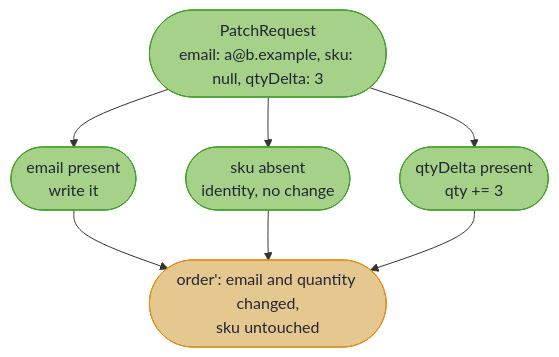
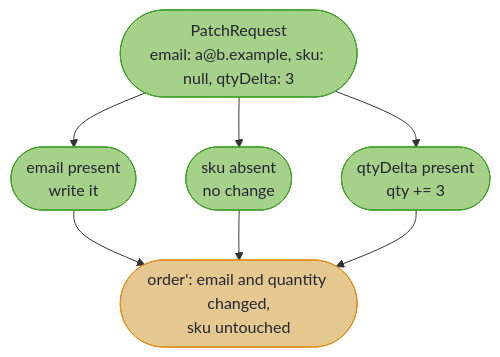
The first of 4 diagrams in hkj-book/src/optics/multi_edit.md (higher-kinded-j/higher-kinded-j), drawn with Mermaid before and after one commit. The commit also changed other lines of this file and 46 other files, not shown here.

````diff
--- a/hkj-book/src/optics/multi_edit.md
+++ b/hkj-book/src/optics/multi_edit.md
@@ -68,15 +67,17 @@
 ```mermaid
 flowchart TD
+    accTitle: A sparse request, field by field
+    accDescr: A request with an email, no SKU and a quantity delta of 3. The email is written, the absent SKU changes nothing, and the quantity grows by 3, so the order comes back with its email and quantity changed and its SKU untouched.
     Req(["PatchRequest<br/>email: a@b.example, sku: null, qtyDelta: 3"])
     Req --> E(["email present<br/>write it"])
-    Req --> S(["sku absent<br/>identity, no change"])
+    Req --> S(["sku absent<br/>no change"])
     Req --> Q(["qtyDelta present<br/>qty += 3"])
     E --> Out(["order': email and quantity changed,<br/>sku untouched"])
     S --> Out
     Q --> Out
 
     classDef tier fill:#a6d189,stroke:#40a02b,color:#232634
     classDef out fill:#e5c890,stroke:#df8e1d,color:#232634
     class Req,E,S,Q tier
     class Out out
 ```
````
